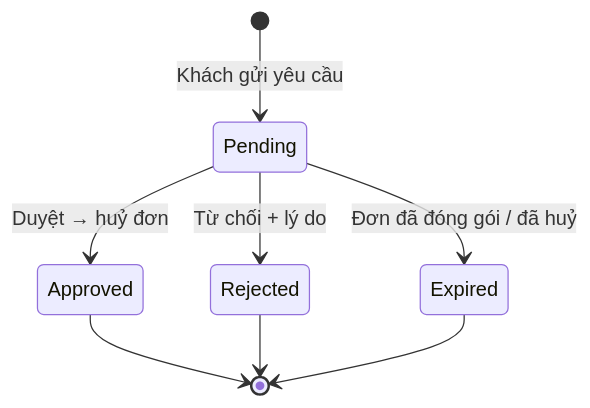
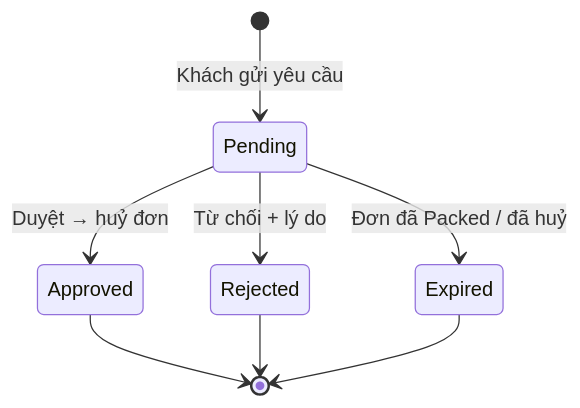
The third of 3 diagrams in docs/ecommerce/17-order-management/README.md (KLTN-FA26/docs), drawn with Mermaid before and after one commit. The commit also changed other lines of this file and 26 other files, not shown here.

````diff
--- a/docs/ecommerce/17-order-management/README.md
+++ b/docs/ecommerce/17-order-management/README.md
@@ -304,10 +388,10 @@
 ```mermaid
 stateDiagram-v2
     [*] --> Pending: Khách gửi yêu cầu
     Pending --> Approved: Duyệt → huỷ đơn
     Pending --> Rejected: Từ chối + lý do
-    Pending --> Expired: Đơn đã đóng gói / đã huỷ
+    Pending --> Expired: Đơn đã Packed / đã huỷ
     Approved --> [*]
     Rejected --> [*]
     Expired --> [*]
 ```
````
